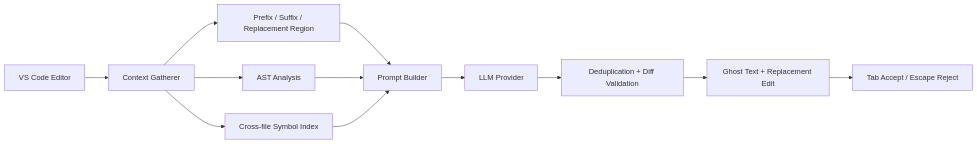
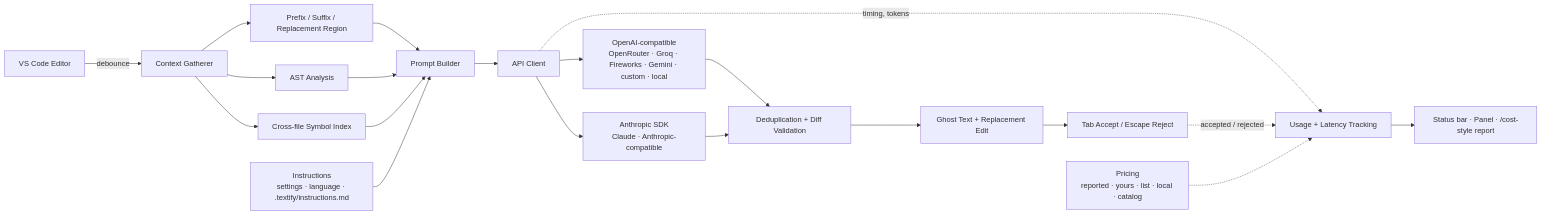
The first of 2 diagrams in README.md (Birabhadra/Textify), drawn with Mermaid before and after one commit. The commit also changed other lines of this file and 2 other files, not shown here.

Commit message:
update roadmap,readme files

````diff
--- a/README.md
+++ b/README.md
@@ -226,14 +255,22 @@
 ```mermaid
 flowchart LR
-    A[VS Code Editor] --> B[Context Gatherer]
+    A[VS Code Editor] -->|debounce| B[Context Gatherer]
     B --> C[Prefix / Suffix / Replacement Region]
     B --> D[AST Analysis]
     B --> E[Cross-file Symbol Index]
     C --> F[Prompt Builder]
     D --> F
     E --> F
-    F --> G[LLM Provider]
-    G --> H[Deduplication + Diff Validation]
+    N[Instructions<br/>settings · language · .textify/instructions.md] --> F
+    F --> G[API Client]
+    G --> G1[OpenAI-compatible<br/>OpenRouter · Groq · Fireworks · Gemini · custom · local]
+    G --> G2[Anthropic SDK<br/>Claude · Anthropic-compatible]
+    G1 --> H[Deduplication + Diff Validation]
+    G2 --> H
     H --> I[Ghost Text + Replacement Edit]
     I --> J[Tab Accept / Escape Reject]
+    G -. timing, tokens .-> U[Usage + Latency Tracking]
+    J -. accepted / rejected .-> U
+    P[Pricing<br/>reported · yours · list · local · catalog] -.-> U
+    U --> S[Status bar · Panel · /cost-style report]
 ```
````
